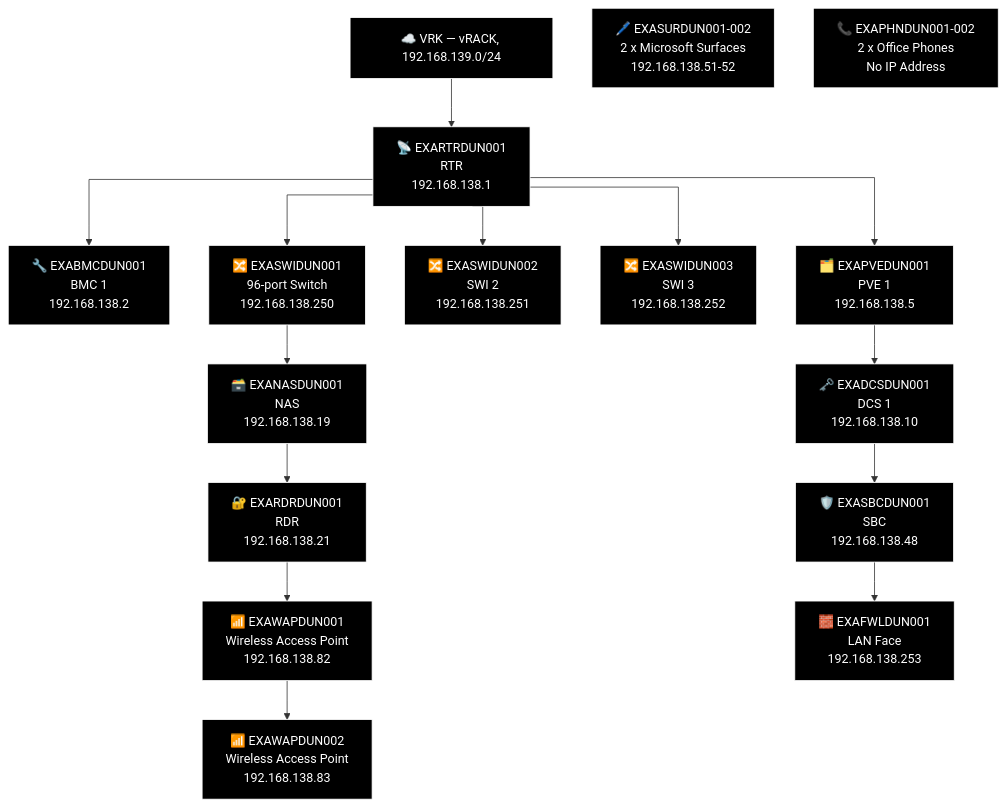
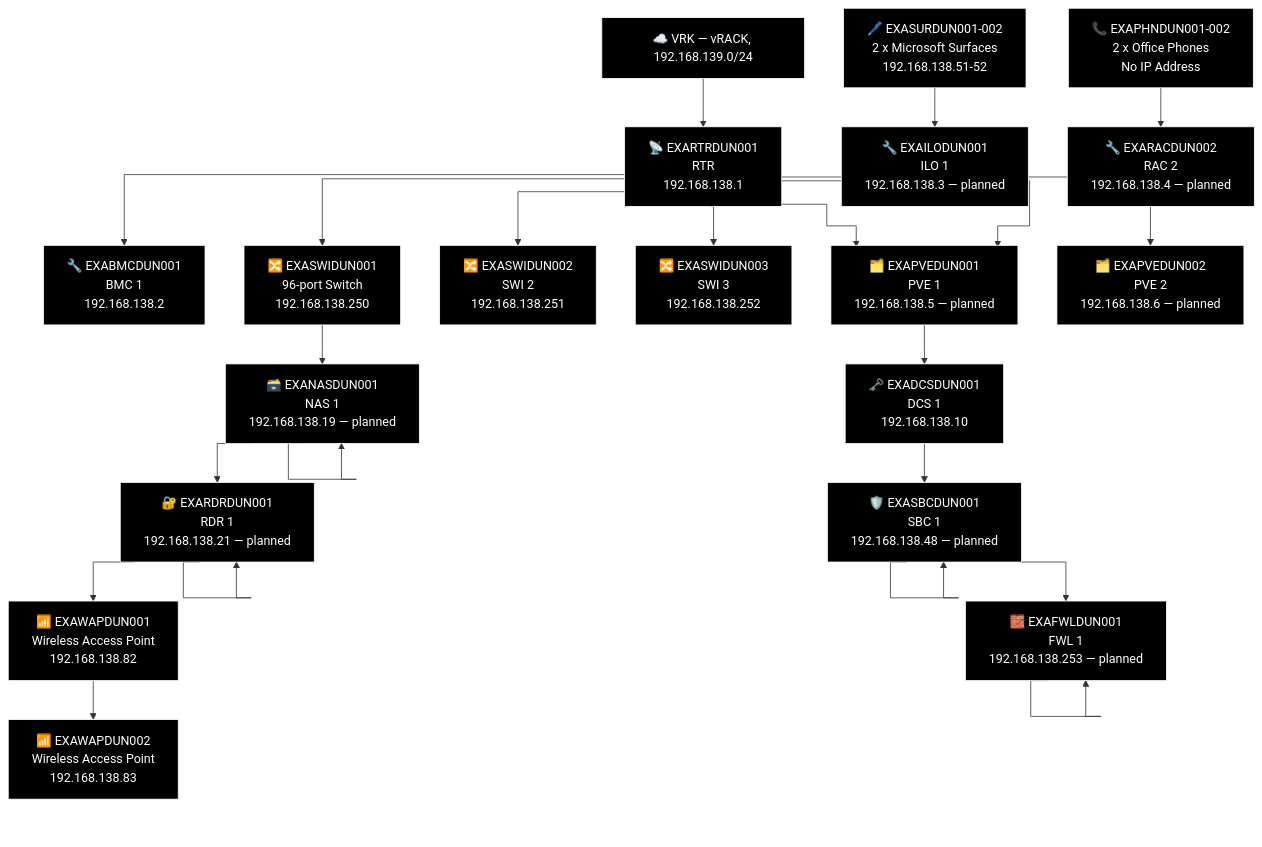
Diagram 15 of 21 in docs/network-diagram/scotland.md (knightmare2600/example_music_infra), drawn with Mermaid before and after one commit. The commit also changed other lines of this file and 12 other files, not shown here.

````diff
--- a/docs/network-diagram/scotland.md
+++ b/docs/network-diagram/scotland.md
@@ -861,46 +915,66 @@
 ```mermaid
 %% GENERATED:TOPOLOGY:DUN:START
 %%{init: {'flowchart': {'curve': 'stepAfter'}}}%%
 graph TD
     T_VRK["☁️ VRK — vRACK, 192.168.139.0/24"]
     T_RTR["📡 EXARTRDUN001<br/>RTR<br/>192.168.138.1"]
     T_VRK --> T_RTR
     T_BMC["🔧 EXABMCDUN001<br/>BMC 1<br/>192.168.138.2"]
     T_RTR --> T_BMC
     T_PVE["🗂️ EXAPVEDUN001<br/>PVE 1<br/>192.168.138.5"]
     T_RTR --> T_PVE
     T_SWI["🔀 EXASWIDUN002<br/>SWI 2<br/>192.168.138.251"]
     T_RTR --> T_SWI
     T_SWI2["🔀 EXASWIDUN003<br/>SWI 3<br/>192.168.138.252"]
     T_RTR --> T_SWI2
     T_SWI3["🔀 EXASWIDUN001<br/>96-port Switch<br/>192.168.138.250"]
     T_RTR --> T_SWI3
+    T_PVE["🗂️ EXAPVEDUN001<br/>PVE 1<br/>192.168.138.5 — planned"]
+    T_RTR --> T_PVE
+    T_PVE2["🗂️ EXAPVEDUN002<br/>PVE 2<br/>192.168.138.6 — planned"]
+    T_RTR --> T_PVE2
     T_NAS["🗃️ EXANASDUN001<br/>NAS<br/>192.168.138.19"]
+    T_NAS["🗃️ EXANASDUN001<br/>NAS 1<br/>192.168.138.19 — planned"]
     T_RDR["🔐 EXARDRDUN001<br/>RDR<br/>192.168.138.21"]
+    T_RDR["🔐 EXARDRDUN001<br/>RDR 1<br/>192.168.138.21 — planned"]
     T_WAP["📶 EXAWAPDUN001<br/>Wireless Access Point<br/>192.168.138.82"]
     T_WAP2["📶 EXAWAPDUN002<br/>Wireless Access Point<br/>192.168.138.83"]
-    T_SWI3 --> T_NAS --> T_RDR --> T_WAP --> T_WAP2
+    T_SWI3 --> T_NAS --> T_NAS --> T_RDR --> T_RDR --> T_WAP --> T_WAP2
     T_DCS["🗝️ EXADCSDUN001<br/>DCS 1<br/>192.168.138.10"]
     T_SBC["🛡️ EXASBCDUN001<br/>SBC<br/>192.168.138.48"]
+    T_SBC["🛡️ EXASBCDUN001<br/>SBC 1<br/>192.168.138.48 — planned"]
     T_FWL["🧱 EXAFWLDUN001<br/>LAN Face<br/>192.168.138.253"]
-    T_PVE --> T_DCS --> T_SBC --> T_FWL
+    T_FWL["🧱 EXAFWLDUN001<br/>FWL 1<br/>192.168.138.253 — planned"]
+    T_PVE --> T_DCS --> T_SBC --> T_SBC --> T_FWL --> T_FWL
     T_OTH_SUR["🖊️ EXASURDUN001-002<br/>2 x Microsoft Surfaces<br/>192.168.138.51-52"]
     T_OTH_PHN["📞 EXAPHNDUN001-002<br/>2 x Office Phones<br/>No IP Address"]
+    T_ILO["🔧 EXAILODUN001<br/>ILO 1<br/>192.168.138.3 — planned"]
+    T_RAC["🔧 EXARACDUN002<br/>RAC 2<br/>192.168.138.4 — planned"]
+    T_OTH_SUR --> T_ILO
+    T_OTH_PHN --> T_RAC
     style T_VRK fill:#000000,stroke:#FFFFFF,color:#FFFFFF
     style T_RTR fill:#000000,stroke:#FFFFFF,color:#FFFFFF
     style T_BMC fill:#000000,stroke:#FFFFFF,color:#FFFFFF
     style T_PVE fill:#000000,stroke:#FFFFFF,color:#FFFFFF
     style T_SWI fill:#000000,stroke:#FFFFFF,color:#FFFFFF
     style T_SWI2 fill:#000000,stroke:#FFFFFF,color:#FFFFFF
     style T_SWI3 fill:#000000,stroke:#FFFFFF,color:#FFFFFF
+    style T_PVE fill:#000000,stroke:#FFFFFF,color:#FFFFFF
+    style T_PVE2 fill:#000000,stroke:#FFFFFF,color:#FFFFFF
     style T_NAS fill:#000000,stroke:#FFFFFF,color:#FFFFFF
+    style T_NAS fill:#000000,stroke:#FFFFFF,color:#FFFFFF
+    style T_RDR fill:#000000,stroke:#FFFFFF,color:#FFFFFF
     style T_RDR fill:#000000,stroke:#FFFFFF,color:#FFFFFF
     style T_WAP fill:#000000,stroke:#FFFFFF,color:#FFFFFF
     style T_WAP2 fill:#000000,stroke:#FFFFFF,color:#FFFFFF
     style T_DCS fill:#000000,stroke:#FFFFFF,color:#FFFFFF
     style T_SBC fill:#000000,stroke:#FFFFFF,color:#FFFFFF
+    style T_SBC fill:#000000,stroke:#FFFFFF,color:#FFFFFF
+    style T_FWL fill:#000000,stroke:#FFFFFF,color:#FFFFFF
     style T_FWL fill:#000000,stroke:#FFFFFF,color:#FFFFFF
     style T_OTH_SUR fill:#000000,stroke:#FFFFFF,color:#FFFFFF
     style T_OTH_PHN fill:#000000,stroke:#FFFFFF,color:#FFFFFF
+    style T_ILO fill:#000000,stroke:#FFFFFF,color:#FFFFFF
+    style T_RAC fill:#000000,stroke:#FFFFFF,color:#FFFFFF
 %% GENERATED:TOPOLOGY:DUN:END
 ```
````
